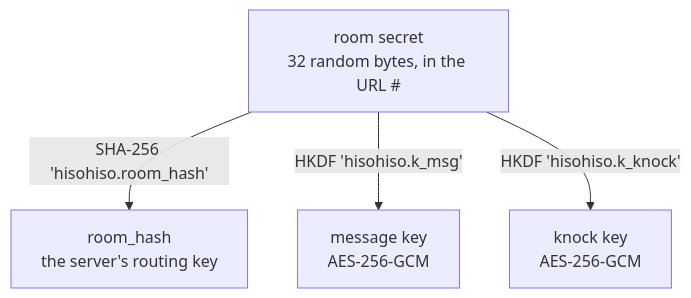
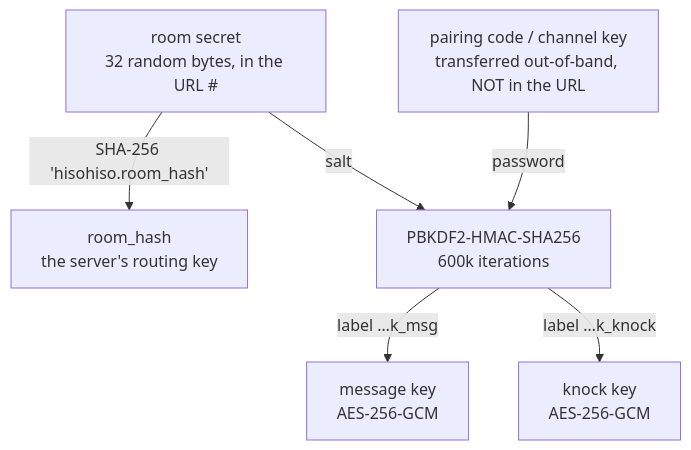
One commit to draganescu/hisohiso changed the first of 2 diagrams in docs/encryption.md. Above: the diagram before and after it, drawn with Mermaid. The commit also changed other lines of this file and 6 other files, not shown here.

````diff
--- a/docs/encryption.md
+++ b/docs/encryption.md
@@ -16,7 +19,10 @@
 ```mermaid
 flowchart TD
     SECRET[room secret<br/>32 random bytes, in the URL #]
+    CODE[pairing code / channel key<br/>transferred out-of-band, NOT in the URL]
     SECRET -->|SHA-256 'hisohiso.room_hash'| HASH[room_hash<br/>the server's routing key]
-    SECRET -->|HKDF 'hisohiso.k_msg'| KMSG[message key<br/>AES-256-GCM]
-    SECRET -->|HKDF 'hisohiso.k_knock'| KKNOCK[knock key<br/>AES-256-GCM]
+    SECRET -->|salt| KDF[PBKDF2-HMAC-SHA256<br/>600k iterations]
+    CODE -->|password| KDF
+    KDF -->|label …k_msg| KMSG[message key<br/>AES-256-GCM]
+    KDF -->|label …k_knock| KKNOCK[knock key<br/>AES-256-GCM]
 ```
````
